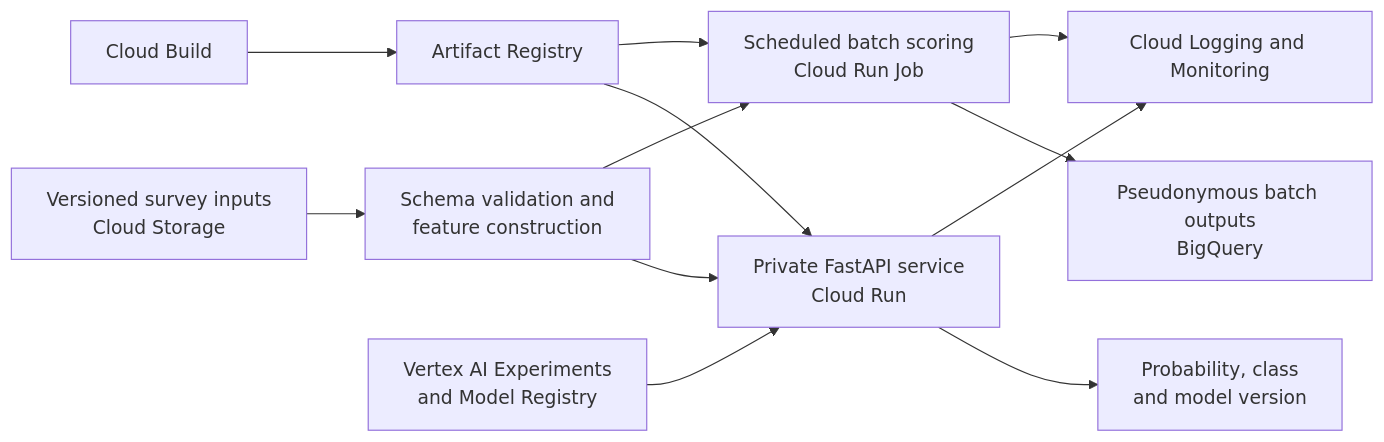
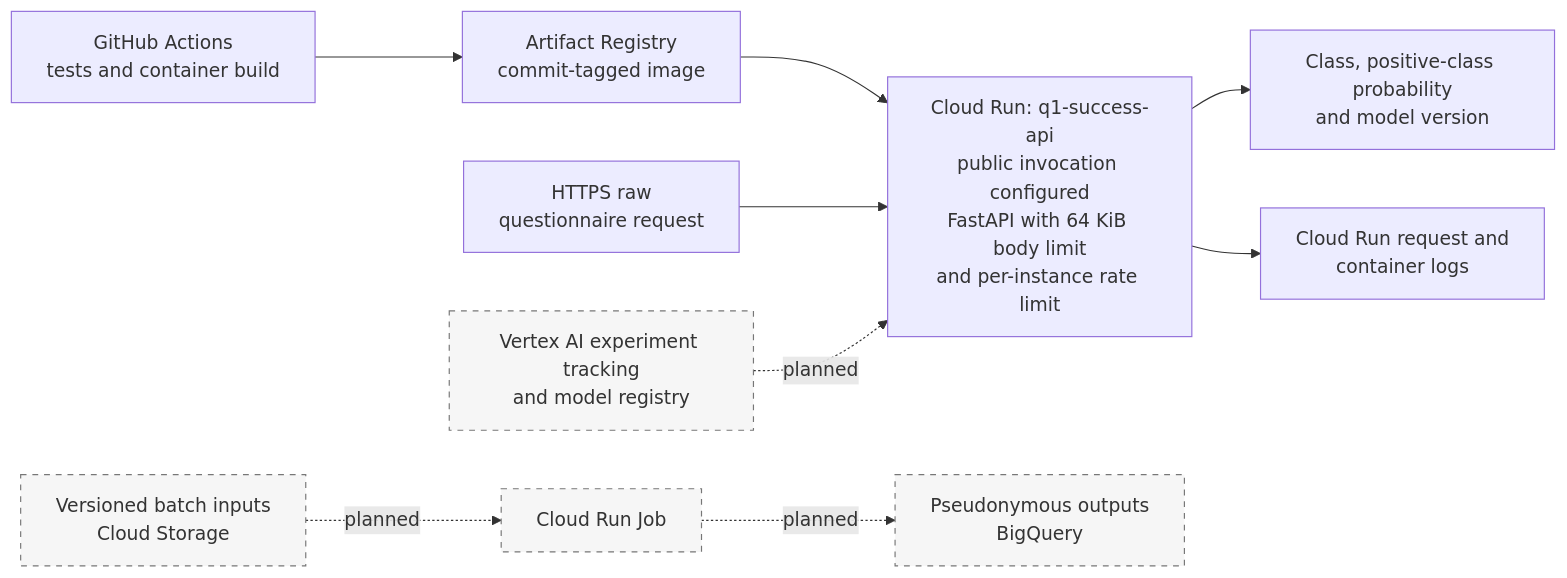
One commit to senavirathne/MSc-Data-Science-Macine-Leanring-CW-2025 changed the diagram in Question 1 Report.md. Above: the diagram before and after it, drawn with Mermaid. The commit also changed other lines of this file and 6 other files, not shown here.

First line of the commit message:
feat(cloud): add API request protections and public Cloud Run deployment

````diff
--- a/Question 1 Report.md
+++ b/Question 1 Report.md
@@ -241,14 +243,15 @@
 ```mermaid
 flowchart LR
-    A[Versioned survey inputs<br/>Cloud Storage] --> B[Schema validation and<br/>feature construction]
-    B --> C[Private FastAPI service<br/>Cloud Run]
-    B --> D[Scheduled batch scoring<br/>Cloud Run Job]
-    C --> E[Probability, class<br/>and model version]
-    D --> F[Pseudonymous batch outputs<br/>BigQuery]
-    G[Cloud Build] --> H[Artifact Registry]
-    H --> C
-    H --> D
-    I[Vertex AI Experiments<br/>and Model Registry] --> C
-    C --> J[Cloud Logging and Monitoring]
-    D --> J
+    G[GitHub Actions<br/>tests and container build] --> H[Artifact Registry<br/>commit-tagged image]
+    H --> C[Cloud Run: q1-success-api<br/>public invocation configured<br/>FastAPI with 64 KiB body limit<br/>and per-instance rate limit]
+    A[HTTPS raw<br/>questionnaire request] --> C
+    C --> E[Class, positive-class probability<br/>and model version]
+    C --> J[Cloud Run request and<br/>container logs]
+
+    K[Versioned batch inputs<br/>Cloud Storage] -. planned .-> D[Cloud Run Job]
+    D -. planned .-> F[Pseudonymous outputs<br/>BigQuery]
+    I[Vertex AI experiment tracking<br/>and model registry] -. planned .-> C
+
+    classDef planned fill:#f6f6f6,stroke:#777,stroke-dasharray: 5 5;
+    class K,D,F,I planned;
 ```
````
